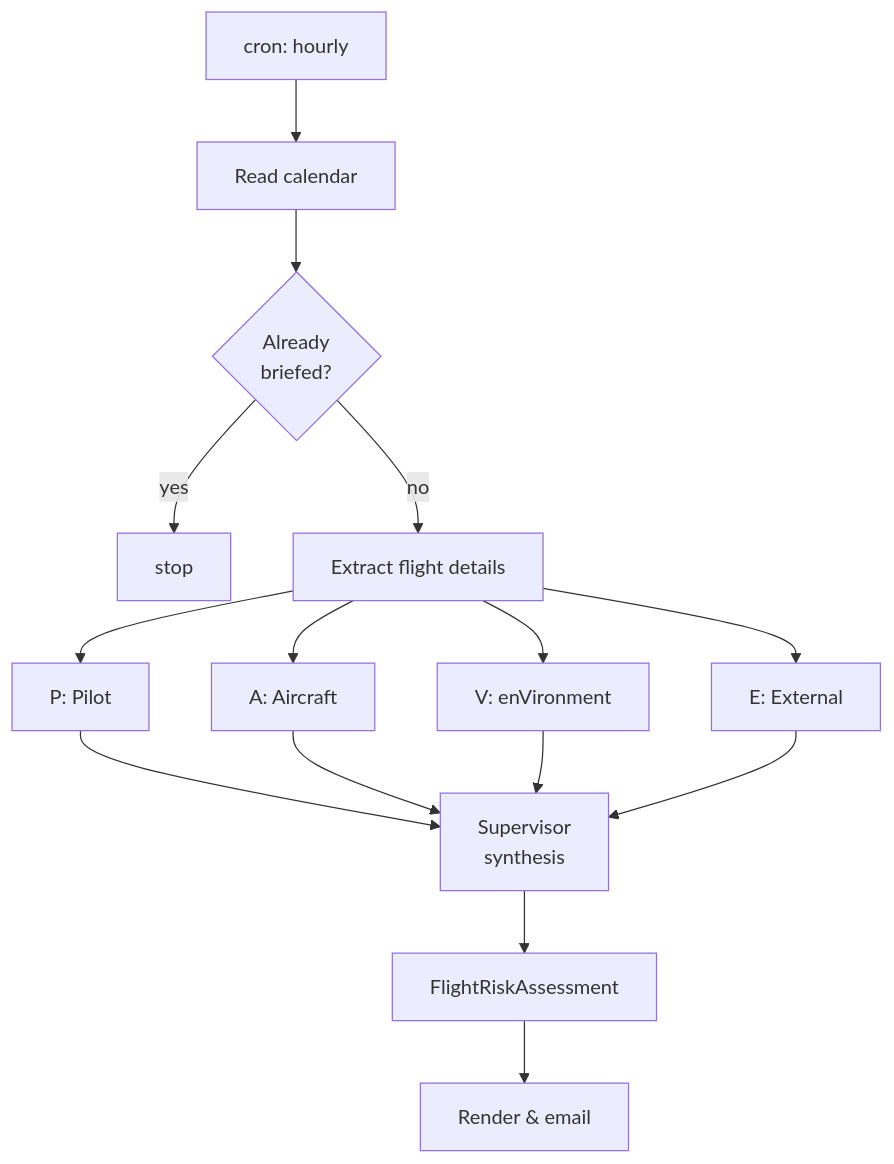
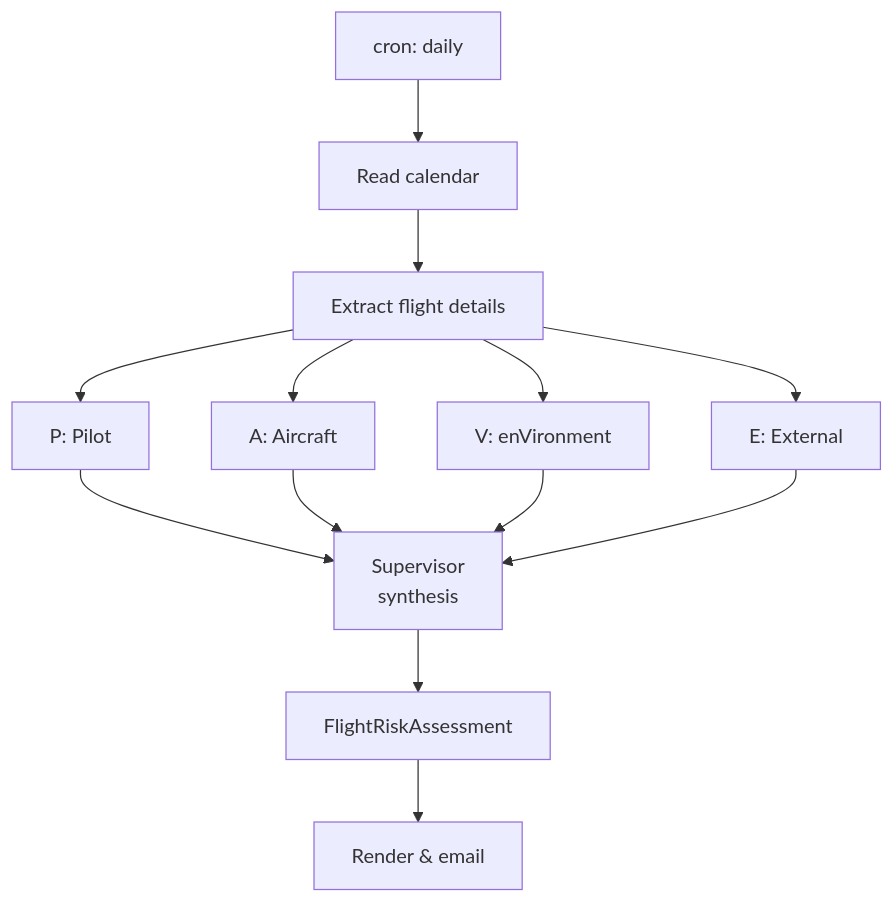
One commit to bernardoosthuizen/pave-agent changed the diagram in README.md. Above: the diagram before and after it, drawn with Mermaid. The commit also changed other lines of this file, not shown here.

First line of the commit message:
Revise README for PAVE project overview and details

````diff
--- a/README.md
+++ b/README.md
@@ -5,20 +80,18 @@
 ```mermaid
 flowchart TD
-    CRON[cron: hourly] --> CAL[Read calendar]
-    CAL --> LEDGER{Already<br/>briefed?}
-    LEDGER -->|yes| STOP[stop]
-    LEDGER -->|no| EX[Extract flight details]
+    CRON[cron: daily] --> CAL[Read calendar]
+    CAL --> EX[Extract flight details]
 
     EX --> P[P: Pilot<br/>]
     EX --> A[A: Aircraft<br/>]
     EX --> V[V: enVironment<br/>]
     EX --> E[E: External<br/>]
 
     P --> SUP[Supervisor<br/>synthesis]
     A --> SUP
     V --> SUP
     E --> SUP
 
     SUP --> ASSESS[FlightRiskAssessment]
     ASSESS --> MAIL[Render & email]
 ```
````
